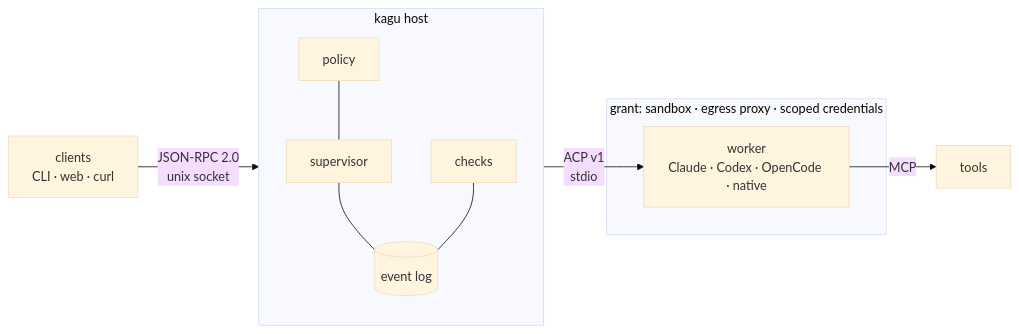
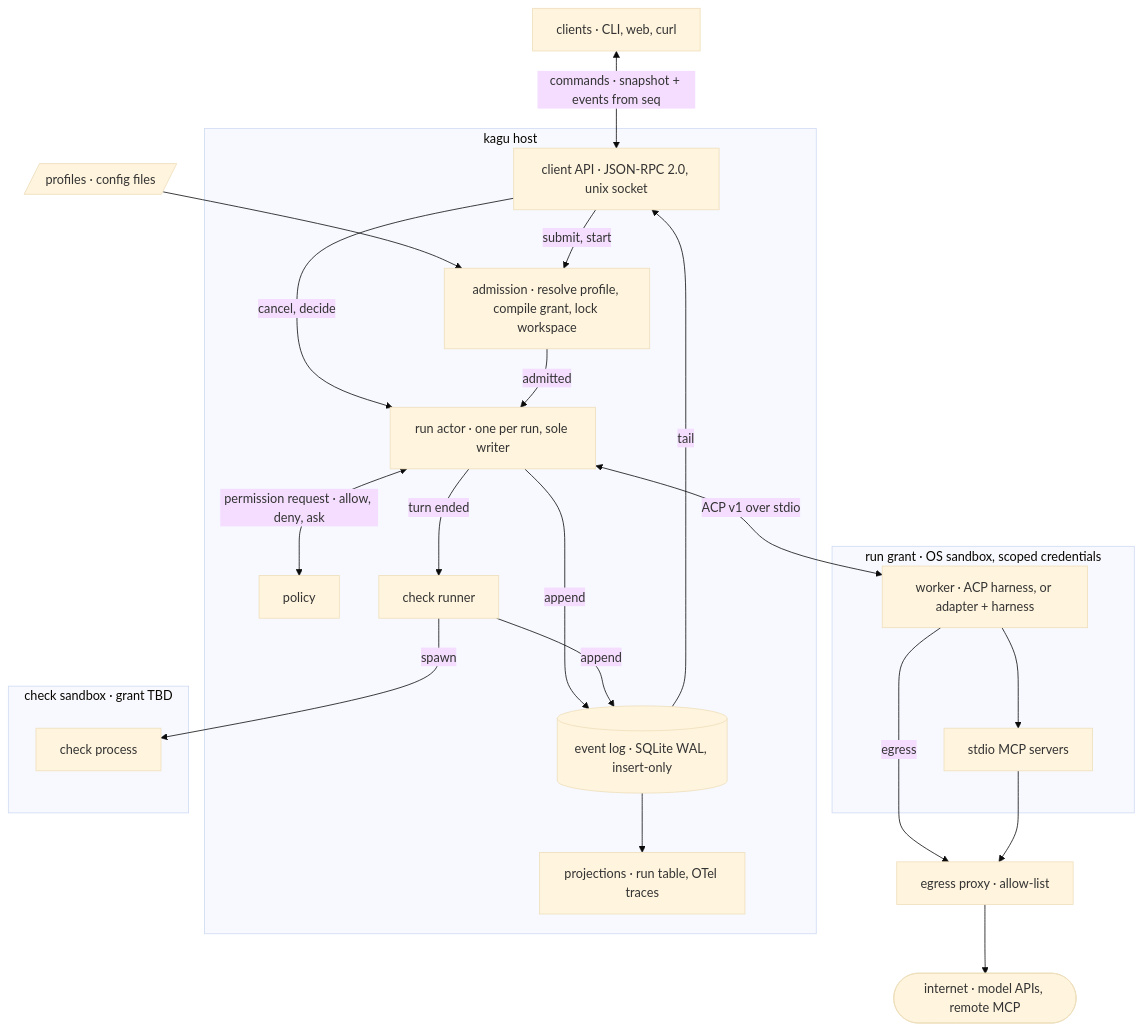
The first of 2 diagrams in docs/spec.md (CameronBrooks11/kagu), drawn with Mermaid (base theme) before and after one commit.

Commit message:
docs: replace scope sketch with architecture diagram
Shows admission, policy, run actor, check runner, event log and
projections inside the host; worker and stdio MCP servers inside the
run grant; egress through the proxy. The check sandbox is marked TBD,
matching the open question on which grant checks run under.

````diff
--- a/docs/spec.md
+++ b/docs/spec.md
@@ -13,15 +13,45 @@
 ```mermaid
-flowchart LR
-  C["clients<br/>CLI · web · curl"] -- "JSON-RPC 2.0<br/>unix socket" --> H
+flowchart TB
+  C["clients · CLI, web, curl"]
+  CFG[/"profiles · config files"/]
+
   subgraph H [kagu host]
-    direction TB
-    P[policy] --- S[supervisor]
-    S --- L[(event log)]
-    K[checks] --- L
+    API["client API · JSON-RPC 2.0, unix socket"]
+    ADM["admission · resolve profile, compile grant, lock workspace"]
+    POL["policy"]
+    RA["run actor · one per run, sole writer"]
+    CHK["check runner"]
+    LOG[("event log · SQLite WAL, insert-only")]
+    PRJ["projections · run table, OTel traces"]
   end
-  H -- "ACP v1<br/>stdio" --> W
-  subgraph G [grant: sandbox · egress proxy · scoped credentials]
-    W["worker<br/>Claude · Codex · OpenCode · native"]
+
+  subgraph G ["run grant · OS sandbox, scoped credentials"]
+    W["worker · ACP harness, or adapter + harness"]
+    MCP["stdio MCP servers"]
   end
-  W -- MCP --> T[tools]
+
+  subgraph GC ["check sandbox · grant TBD"]
+    CK["check process"]
+  end
+
+  PX["egress proxy · allow-list"]
+  NET(["internet · model APIs, remote MCP"])
+
+  C <-- "commands · snapshot + events from seq" --> API
+  CFG --> ADM
+  API -- "submit, start" --> ADM
+  API -- "cancel, decide" --> RA
+  ADM -- "admitted" --> RA
+  RA <-- "permission request · allow, deny, ask" --> POL
+  RA <-- "ACP v1 over stdio" --> W
+  W --> MCP
+  RA -- "turn ended" --> CHK
+  CHK -- spawn --> CK
+  RA -- append --> LOG
+  CHK -- append --> LOG
+  LOG --> PRJ
+  LOG -- tail --> API
+  W -- egress --> PX
+  MCP --> PX
+  PX --> NET
 ```
````
